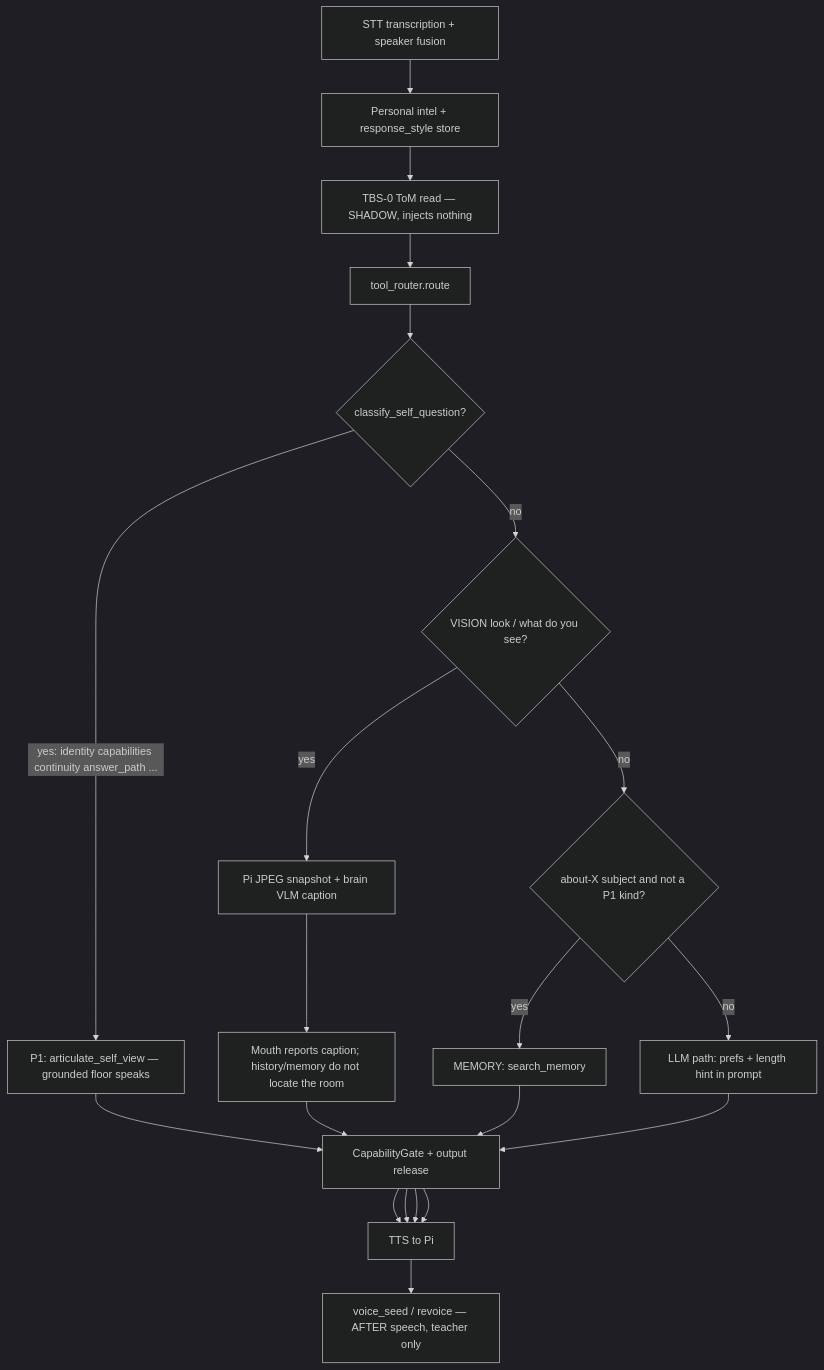
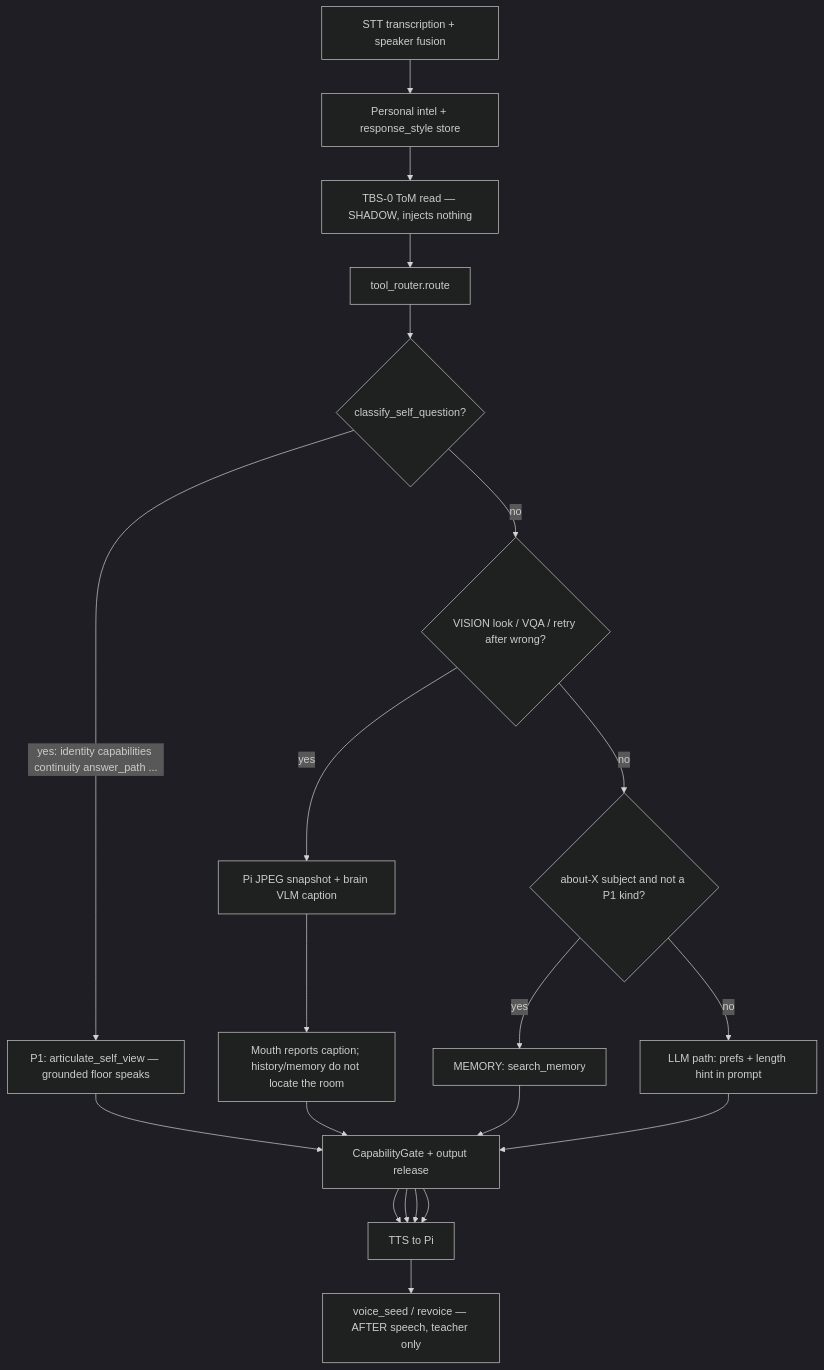
The second of 4 diagrams in docs/AGENT_MAP.md (Nimdy/jarvis-oracle-edition), drawn with Mermaid (dark theme) before and after one commit. The commit also changed other lines of this file and 18 other files, not shown here.

First line of the commit message:
fix: live VQA, fresh Pi grab, retry-after-wrong, TTS markdown

````diff
--- a/docs/AGENT_MAP.md
+++ b/docs/AGENT_MAP.md
@@ -53,30 +53,30 @@
 ```mermaid
 flowchart TD
   stt[STT transcription + speaker fusion]
   intel[Personal intel + response_style store]
   tbs["TBS-0 ToM read — SHADOW, injects nothing"]
   router[tool_router.route]
   p1{classify_self_question?}
-  vis{VISION look / what do you see?}
+  vis{VISION look / VQA / retry after wrong?}
   about{about-X subject and not a P1 kind?}
   osv[P1: articulate_self_view — grounded floor speaks]
   eyes["Pi JPEG snapshot + brain VLM caption"]
   visSpeak[Mouth reports caption; history/memory do not locate the room]
   mem[MEMORY: search_memory]
   llm[LLM path: prefs + length hint in prompt]
   gate[CapabilityGate + output release]
   speak[TTS to Pi]
   seed["voice_seed / revoice — AFTER speech, teacher only"]
 
   stt --> intel --> tbs --> router --> p1
   p1 -->|yes: identity capabilities continuity answer_path ...| osv
   p1 -->|no| vis
   vis -->|yes| eyes --> visSpeak
   vis -->|no| about
   about -->|yes| mem
   about -->|no| llm
   osv --> gate --> speak --> seed
   visSpeak --> gate --> speak
   mem --> gate --> speak
   llm --> gate --> speak
 ```
````
